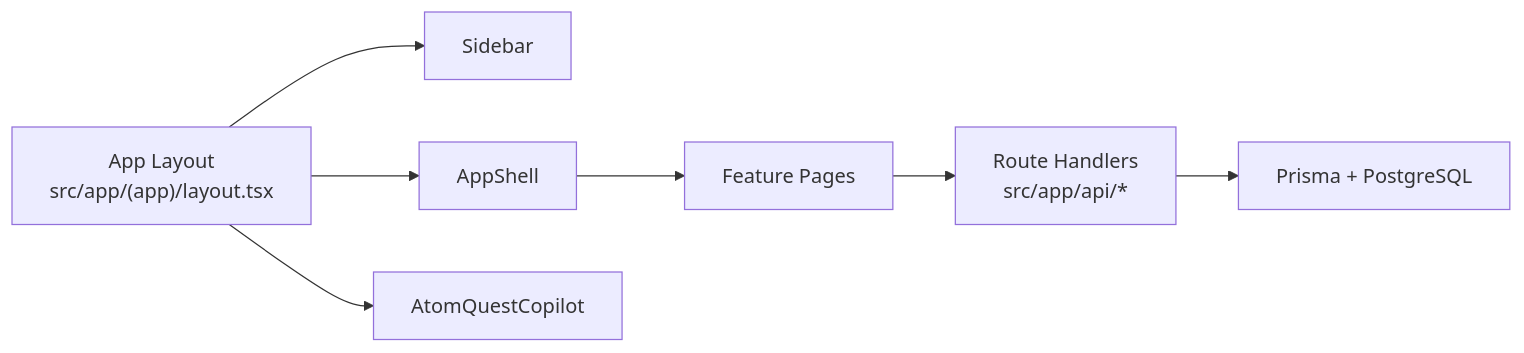
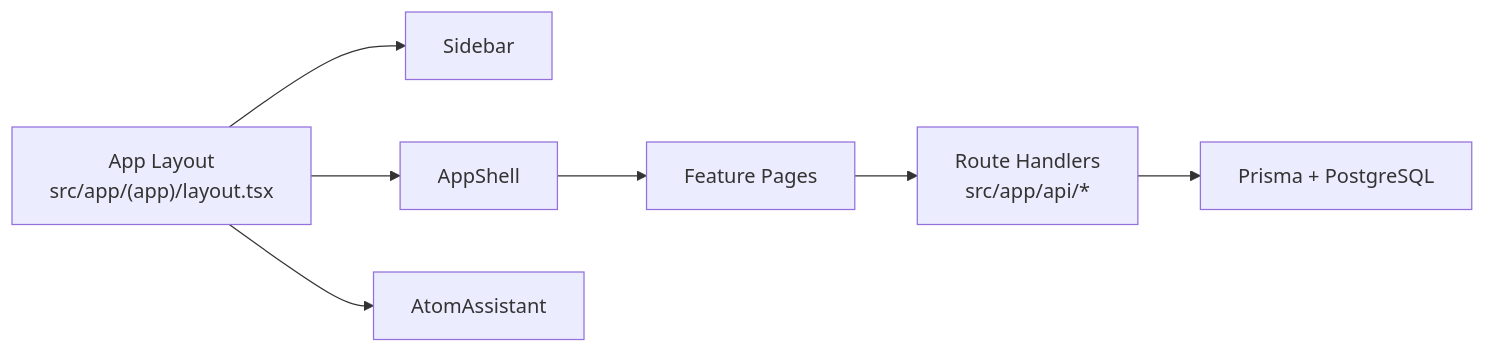
Before and after one commit to 0xnithinmys/Atom: the second of 5 diagrams in README.md, drawn with Mermaid. The commit also changed other lines of this file and 14 other files, not shown here.

````diff
--- a/README.md
+++ b/README.md
@@ -61,9 +61,9 @@
 ```mermaid
 flowchart LR
     A["App Layout<br/>src/app/(app)/layout.tsx"] --> B["Sidebar"]
     A --> C["AppShell"]
-    A --> D["AtomQuestCopilot"]
+    A --> D["AtomAssistant"]
     C --> E["Feature Pages"]
     E --> F["Route Handlers<br/>src/app/api/*"]
     F --> G["Prisma + PostgreSQL"]
 ```
````
